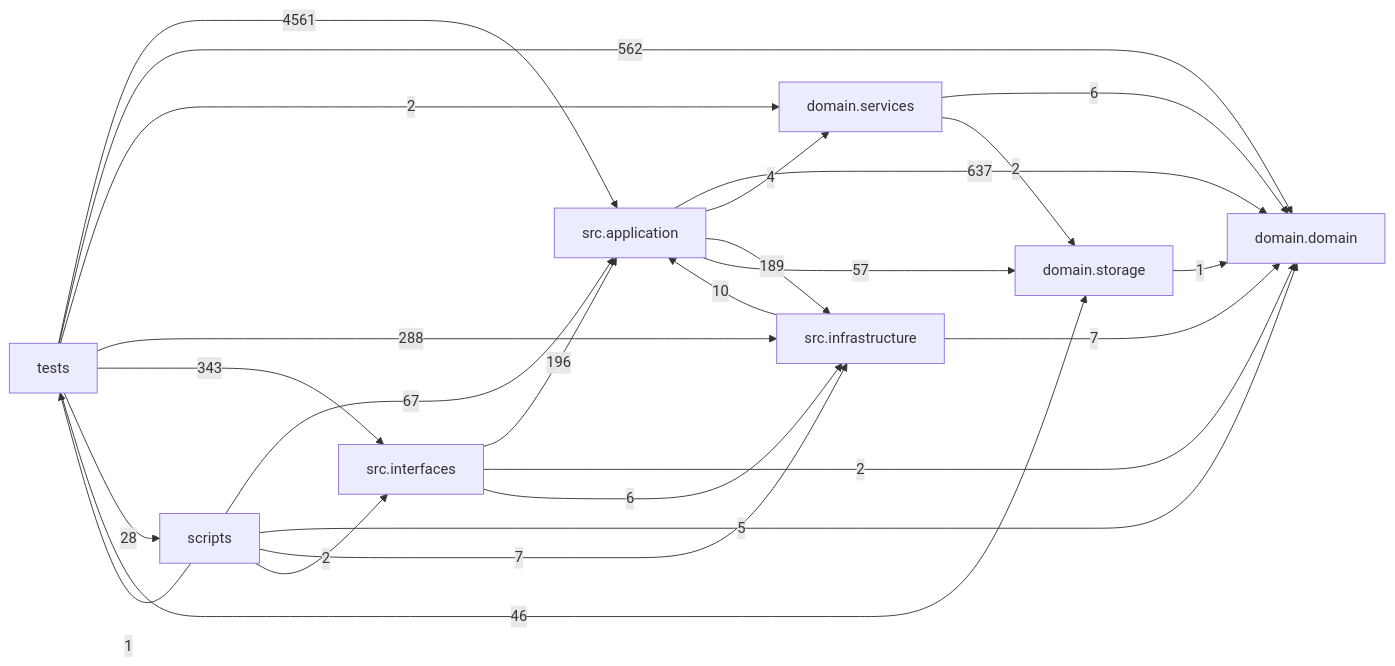
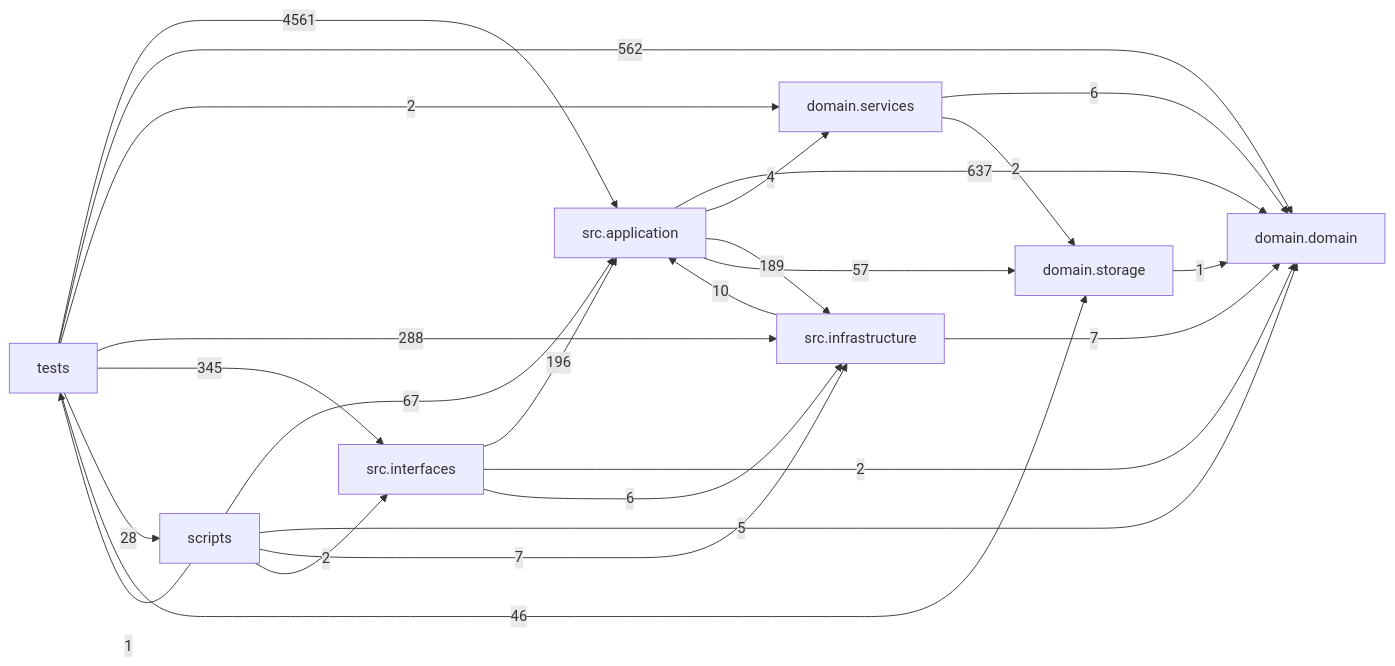
One commit to liuxie066/options-monitor changed the diagram in docs/DEPENDENCY_GRAPH.md. Above: the diagram before and after it, drawn with Mermaid. The commit also changed other lines of this file and 6 other files, not shown here.

````diff
--- a/docs/DEPENDENCY_GRAPH.md
+++ b/docs/DEPENDENCY_GRAPH.md
@@ -24,35 +24,35 @@
 ```mermaid
 flowchart LR
   tests["tests"]
   scripts["scripts"]
   interfaces["src.interfaces"]
   application["src.application"]
   infrastructure["src.infrastructure"]
   domain_services["domain.services"]
   domain["domain.domain"]
   storage["domain.storage"]
   application -->|637| domain
   application -->|4| domain_services
   application -->|189| infrastructure
   application -->|57| storage
   domain_services -->|6| domain
   domain_services -->|2| storage
   infrastructure -->|10| application
   infrastructure -->|7| domain
   interfaces -->|196| application
   interfaces -->|2| domain
   interfaces -->|6| infrastructure
   scripts -->|67| application
   scripts -->|5| domain
   scripts -->|7| infrastructure
   scripts -->|2| interfaces
   scripts -->|1| tests
   storage -->|1| domain
   tests -->|4561| application
   tests -->|562| domain
   tests -->|2| domain_services
   tests -->|288| infrastructure
-  tests -->|343| interfaces
+  tests -->|345| interfaces
   tests -->|28| scripts
   tests -->|46| storage
 ```
````
